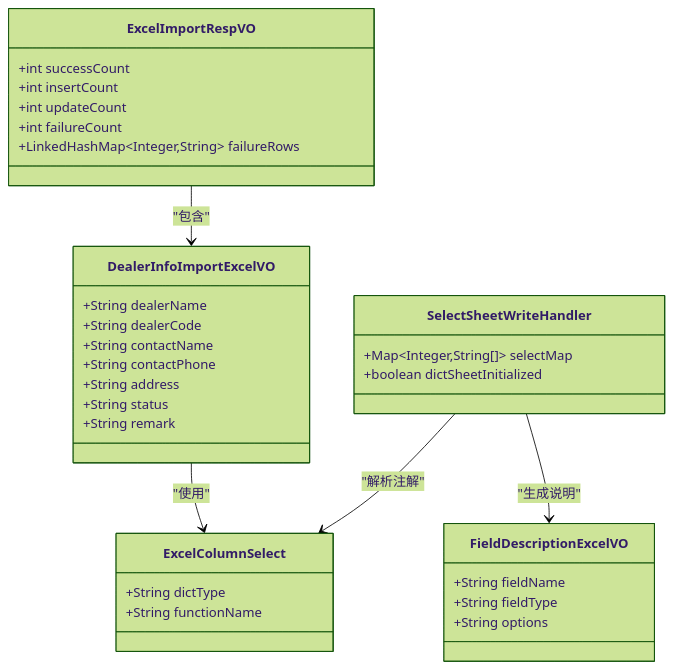
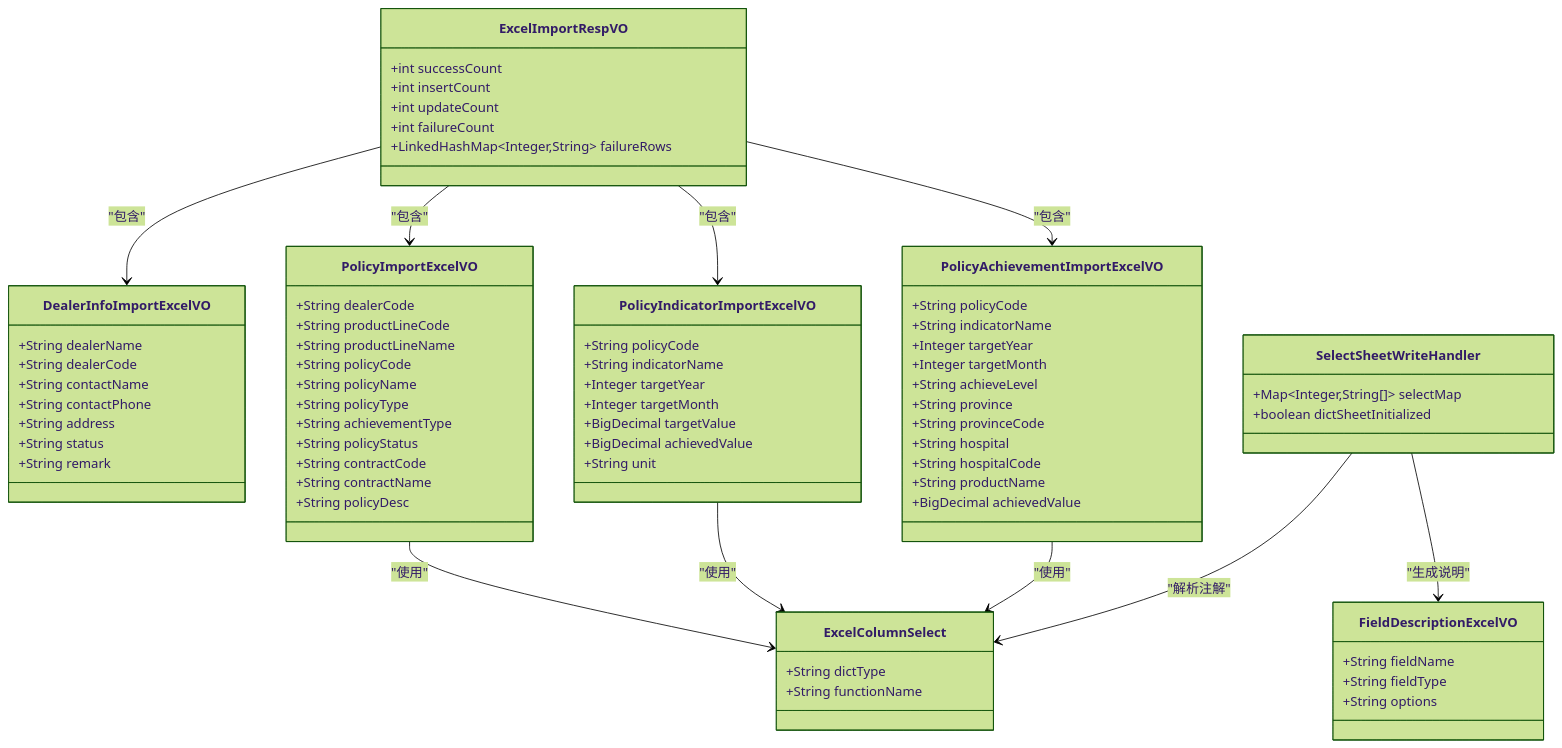
One commit to xiaoche80s-tech/rouyi-vue-pro changed the third of 10 diagrams in .qoder/repowiki/zh/content/核心模块/Excel批量导入功能.md. Above: the diagram before and after it, drawn with Mermaid (forest theme). The commit also changed other lines of this file and 900 other files, not shown here.

````diff
--- a/.qoder/repowiki/zh/content/核心模块/Excel批量导入功能.md
+++ b/.qoder/repowiki/zh/content/核心模块/Excel批量导入功能.md
@@ -186,36 +223,76 @@
 ```mermaid
 classDiagram
 class ExcelImportRespVO {
 +int successCount
 +int insertCount
 +int updateCount
 +int failureCount
 +LinkedHashMap~Integer,String~ failureRows
 }
 class DealerInfoImportExcelVO {
 +String dealerName
 +String dealerCode
 +String contactName
 +String contactPhone
 +String address
 +String status
 +String remark
 }
+class PolicyImportExcelVO {
++String dealerCode
++String productLineCode
++String productLineName
++String policyCode
++String policyName
++String policyType
++String achievementType
++String policyStatus
++String contractCode
++String contractName
++String policyDesc
+}
+class PolicyIndicatorImportExcelVO {
++String policyCode
++String indicatorName
++Integer targetYear
++Integer targetMonth
++BigDecimal targetValue
++BigDecimal achievedValue
++String unit
+}
+class PolicyAchievementImportExcelVO {
++String policyCode
++String indicatorName
++Integer targetYear
++Integer targetMonth
++String achieveLevel
++String province
++String provinceCode
++String hospital
++String hospitalCode
++String productName
++BigDecimal achievedValue
+}
 class FieldDescriptionExcelVO {
 +String fieldName
 +String fieldType
 +String options
 }
 class ExcelColumnSelect {
 +String dictType
 +String functionName
 }
 class SelectSheetWriteHandler {
 +Map~Integer,String[]~ selectMap
 +boolean dictSheetInitialized
 }
 ExcelImportRespVO --> DealerInfoImportExcelVO : "包含"
-DealerInfoImportExcelVO --> ExcelColumnSelect : "使用"
+ExcelImportRespVO --> PolicyImportExcelVO : "包含"
+ExcelImportRespVO --> PolicyIndicatorImportExcelVO : "包含"
+ExcelImportRespVO --> PolicyAchievementImportExcelVO : "包含"
+PolicyImportExcelVO --> ExcelColumnSelect : "使用"
+PolicyIndicatorImportExcelVO --> ExcelColumnSelect : "使用"
+PolicyAchievementImportExcelVO --> ExcelColumnSelect : "使用"
 SelectSheetWriteHandler --> ExcelColumnSelect : "解析注解"
 SelectSheetWriteHandler --> FieldDescriptionExcelVO : "生成说明"
 ```
````
